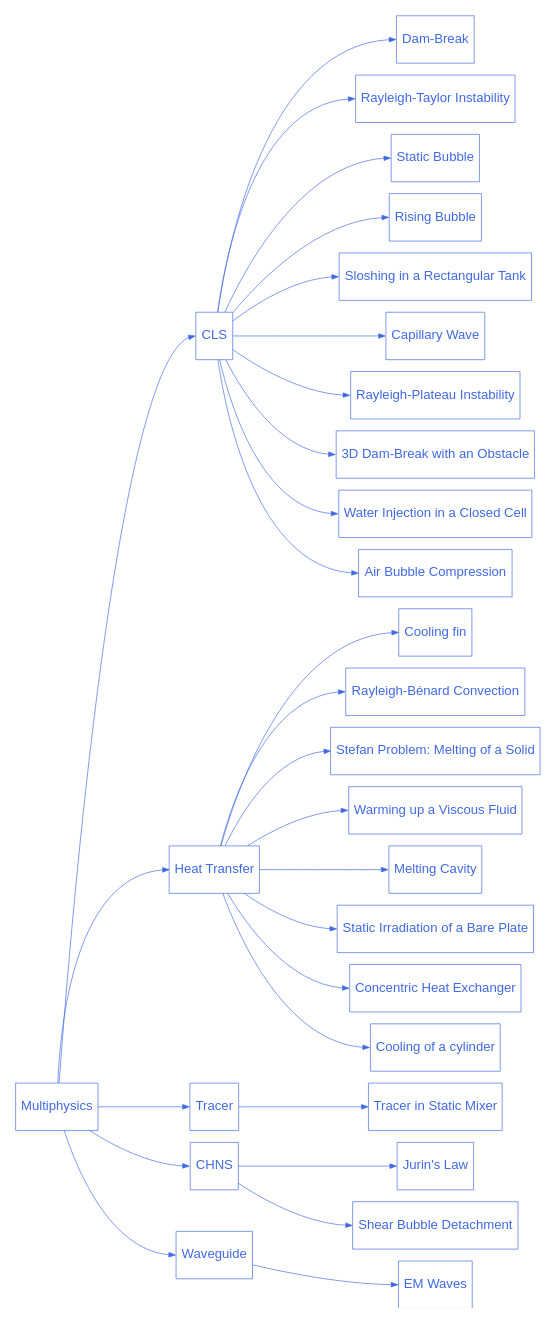
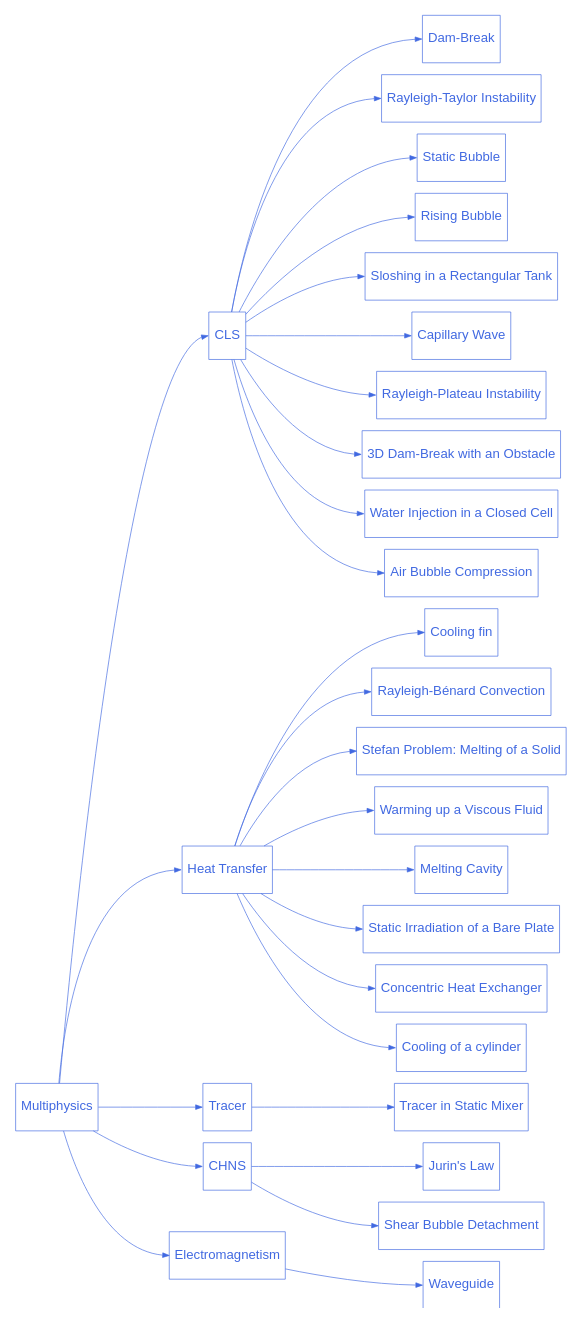
The diagram in doc/source/examples/multiphysics/multiphysics.rst (chaos-polymtl/lethe), drawn with Graphviz before and after one commit. The commit also changed 3 other files, not shown here.

```diff
--- a/doc/source/examples/multiphysics/multiphysics.rst
+++ b/doc/source/examples/multiphysics/multiphysics.rst
@@ -74,9 +74,9 @@
 
       multiphysics_4_2 [label="Shear Bubble Detachment", href="https://chaos-polymtl.github.io/lethe/documentation/examples/multiphysics/bubble-detachment-shear-flow/bubble-detachment-shear-flow.html"];
 
-      multiphysics_5 [label="Waveguide", href="https://chaos-polymtl.github.io/lethe/documentation/examples/multiphysics/electromagnetism.html"];
+      multiphysics_5 [label="Electromagnetism", href="https://chaos-polymtl.github.io/lethe/documentation/examples/multiphysics/electromagnetism.html"];
 
-      multiphysics_5_1 [label="EM Waves", href="https://chaos-polymtl.github.io/lethe/documentation/examples/multiphysics/waveguide/waveguide.html"];
+      multiphysics_5_1 [label="Waveguide", href="https://chaos-polymtl.github.io/lethe/documentation/examples/multiphysics/waveguide/waveguide.html"];
 
 
       multiphysics -> multiphysics_1:w;
```
